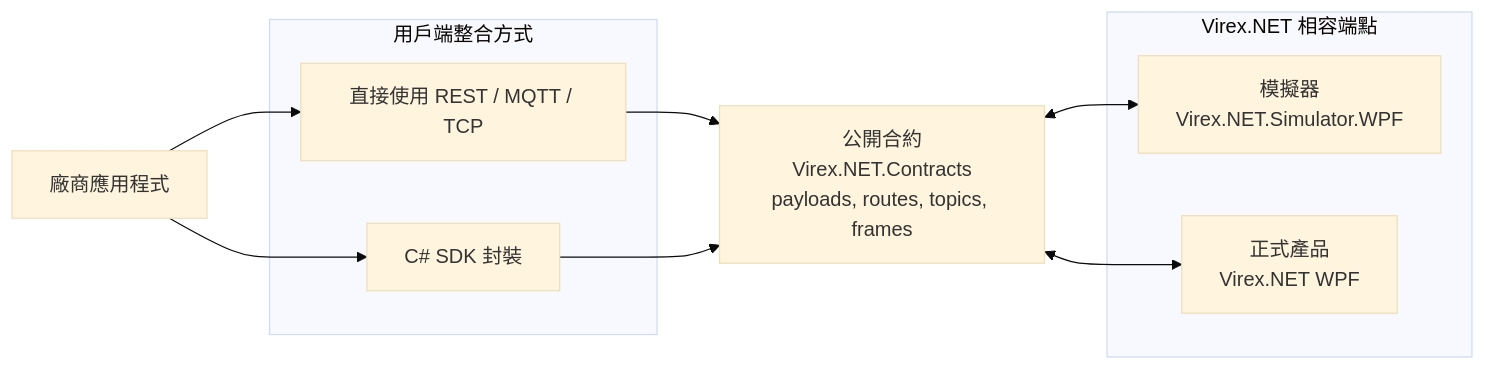
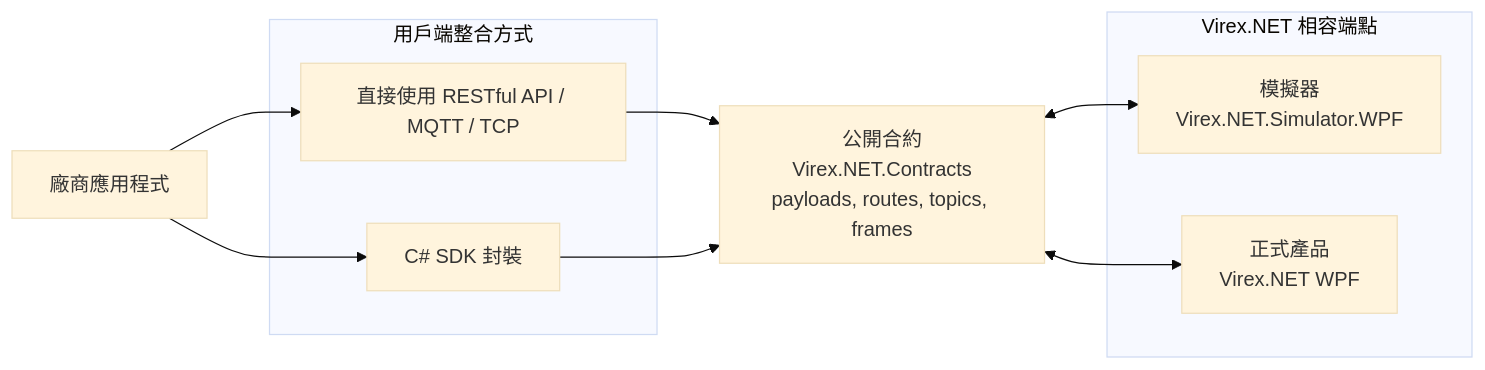
The diagram in docs/integration-model.zh-Hant.md (vstechnology-tw/vst-virex.net.integration), drawn with Mermaid (base theme) before and after one commit. The commit also changed other lines of this file and 121 other files, not shown here.

````diff
--- a/docs/integration-model.zh-Hant.md
+++ b/docs/integration-model.zh-Hant.md
@@ -7,23 +7,23 @@
 ```mermaid
 flowchart LR
     Vendor["廠商應用程式"]
 
     subgraph ClientSide["用戶端整合方式"]
-        Raw["直接使用 REST / MQTT / TCP"]
+        Raw["直接使用 RESTful API / MQTT / TCP"]
         Sdk["C# SDK 封裝"]
     end
 
     Contract["公開合約\nVirex.NET.Contracts\npayloads, routes, topics, frames"]
 
     subgraph CompatibleEndpoint["Virex.NET 相容端點"]
         Simulator["模擬器\nVirex.NET.Simulator.WPF"]
         Production["正式產品\nVirex.NET WPF"]
     end
 
     Vendor --> Raw
     Vendor --> Sdk
     Raw --> Contract
     Sdk --> Contract
     Contract <--> Simulator
     Contract <--> Production
 ```
````
